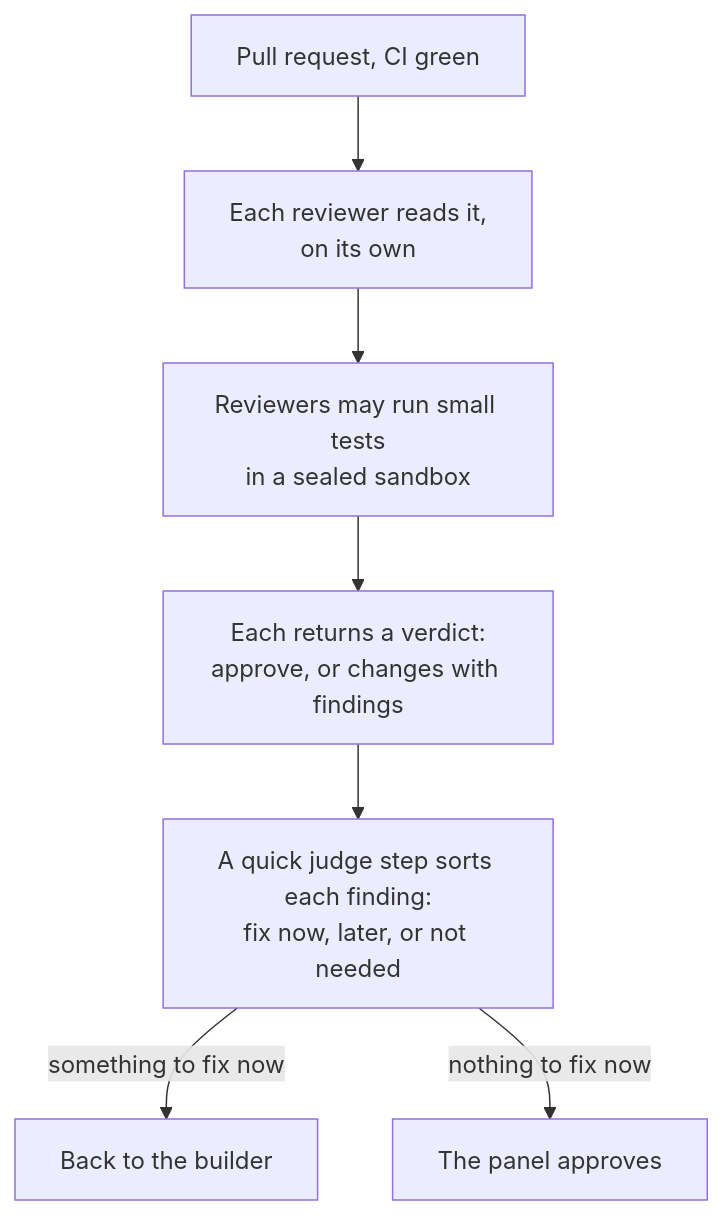
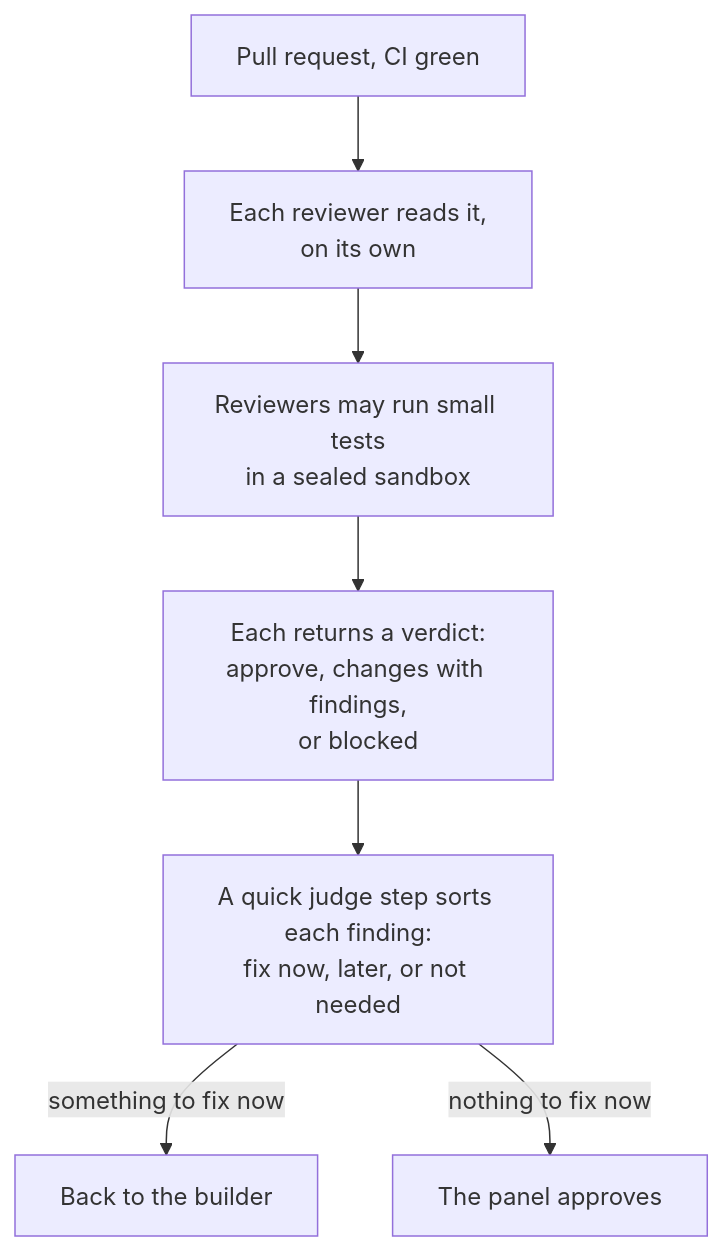
One commit to shinyredapples/intakt changed the fourth of 5 diagrams in docs/guide/the-journey-of-a-task.md. Above: the diagram before and after it, drawn with Mermaid.

Commit message:
docs(guide): name the blocked verdict in the reviewing diagram

````diff
--- a/docs/guide/the-journey-of-a-task.md
+++ b/docs/guide/the-journey-of-a-task.md
@@ -84,9 +84,9 @@
 ```mermaid
 flowchart TD
   pr[Pull request, CI green] --> panel[Each reviewer reads it,<br/>on its own]
   panel --> probes[Reviewers may run small tests<br/>in a sealed sandbox]
-  probes --> verdicts[Each returns a verdict:<br/>approve, or changes with findings]
+  probes --> verdicts[Each returns a verdict:<br/>approve, changes with findings,<br/>or blocked]
   verdicts --> judge[A quick judge step sorts each finding:<br/>fix now, later, or not needed]
   judge -- something to fix now --> build[Back to the builder]
   judge -- nothing to fix now --> pass[The panel approves]
 ```
````
